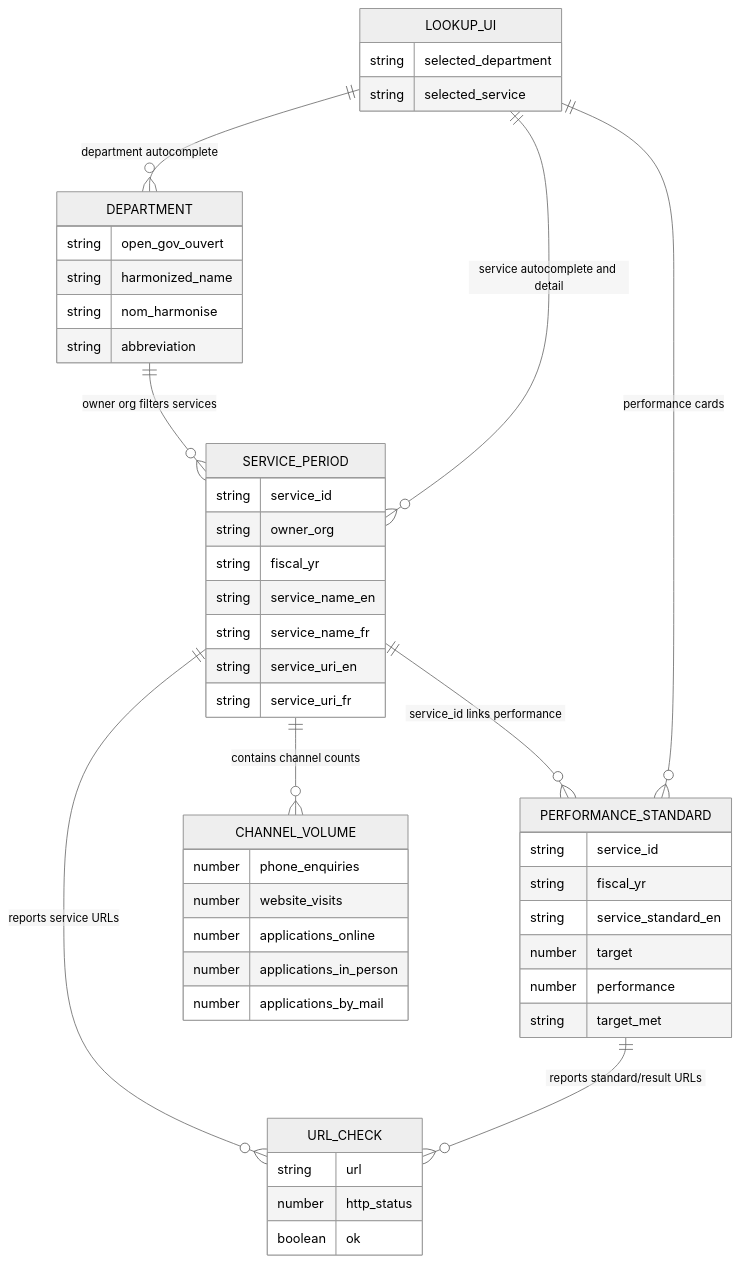
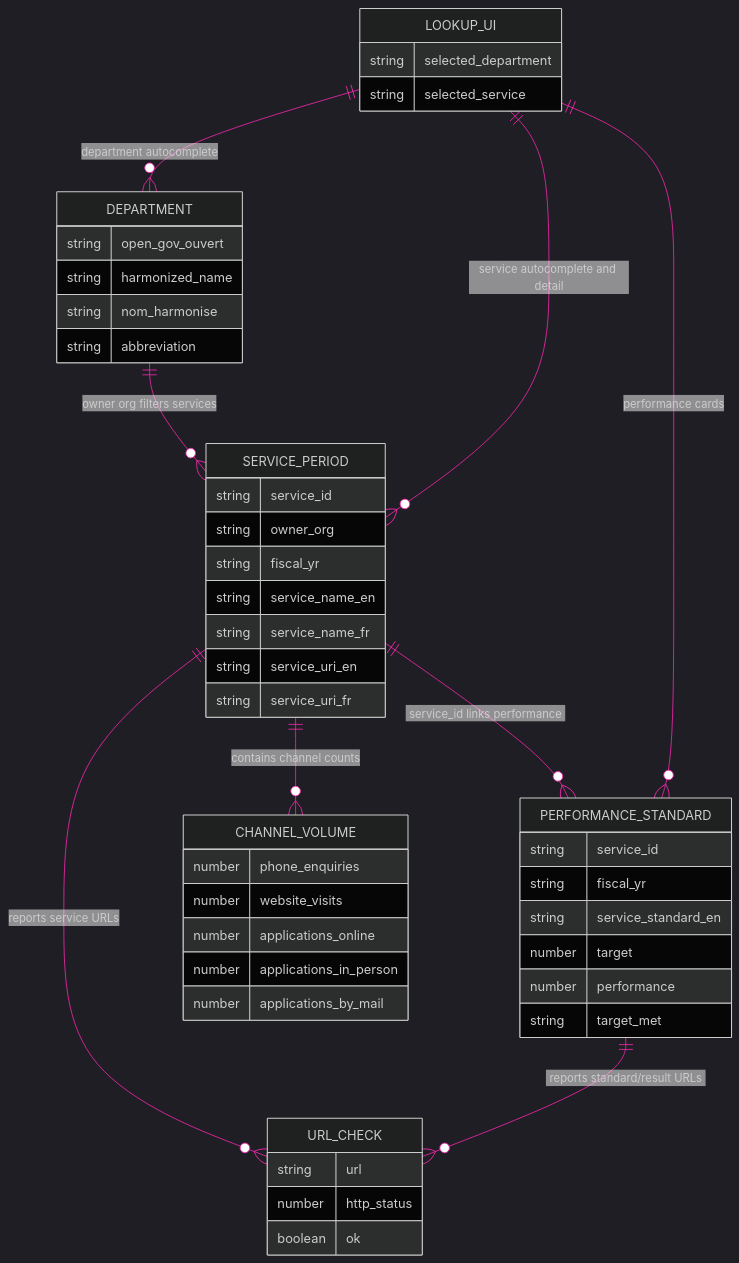
Before and after one commit to PatLittle/PatLittle.github.io: the second of 3 diagrams in _posts/2026-06-16-OpenDataForDataProducts.md, drawn with Mermaid. The commit also changed other lines of this file, not shown here.

````diff
--- a/_posts/2026-06-16-OpenDataForDataProducts.md
+++ b/_posts/2026-06-16-OpenDataForDataProducts.md
@@ -163,55 +164,62 @@
 ```mermaid
 ---
 config:
-  theme: 'neutral'
+  theme: 'dark'
+  themeVariables:
+    primaryColor: '#BB2528'
+    primaryTextColor: '#fff'
+    primaryBorderColor: '#7C0000'
+    lineColor: 'rgb(248, 41, 176)'
+    secondaryColor: '#006100'
+    tertiaryColor: '#fff'
 ---
 erDiagram
     DEPARTMENT ||--o{ SERVICE_PERIOD : "owner org filters services"
     SERVICE_PERIOD ||--o{ PERFORMANCE_STANDARD : "service_id links performance"
     SERVICE_PERIOD ||--o{ CHANNEL_VOLUME : "contains channel counts"
     SERVICE_PERIOD ||--o{ URL_CHECK : "reports service URLs"
     PERFORMANCE_STANDARD ||--o{ URL_CHECK : "reports standard/result URLs"
     LOOKUP_UI ||--o{ DEPARTMENT : "department autocomplete"
     LOOKUP_UI ||--o{ SERVICE_PERIOD : "service autocomplete and detail"
     LOOKUP_UI ||--o{ PERFORMANCE_STANDARD : "performance cards"
 
     DEPARTMENT {
       string open_gov_ouvert
       string harmonized_name
       string nom_harmonise
       string abbreviation
     }
     SERVICE_PERIOD {
       string service_id
       string owner_org
       string fiscal_yr
       string service_name_en
       string service_name_fr
       string service_uri_en
       string service_uri_fr
     }
     CHANNEL_VOLUME {
       number phone_enquiries
       number website_visits
       number applications_online
       number applications_in_person
       number applications_by_mail
     }
     PERFORMANCE_STANDARD {
       string service_id
       string fiscal_yr
       string service_standard_en
       number target
       number performance
       string target_met
     }
     URL_CHECK {
       string url
       number http_status
       boolean ok
     }
     LOOKUP_UI {
       string selected_department
       string selected_service
     }
 ```
````
